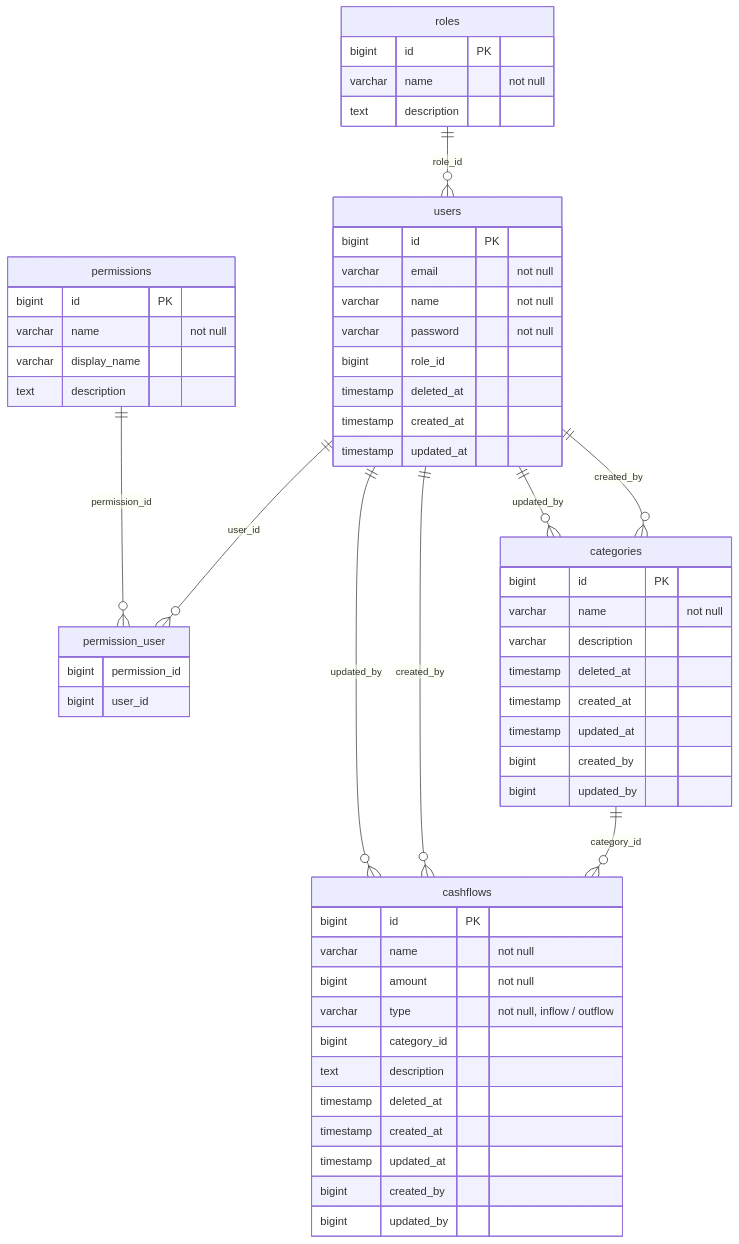
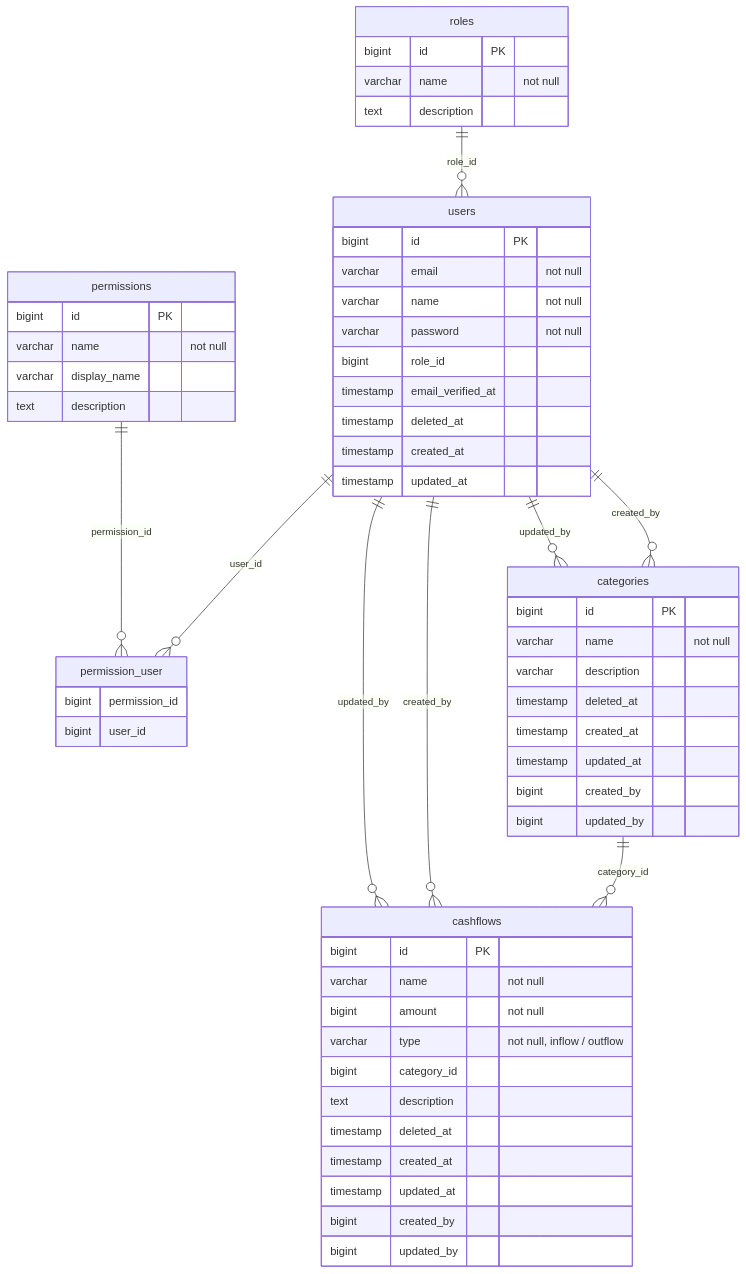
One commit to kaka-rdwn/keuangan-web changed the diagram in docs/DATABASE.md. Above: the diagram before and after it, drawn with Mermaid. The commit also changed other lines of this file, not shown here.

Commit message:
docs: create database design and schema specification documentation

````diff
--- a/docs/DATABASE.md
+++ b/docs/DATABASE.md
@@ -19,66 +19,67 @@
 ```mermaid
 erDiagram
     users {
         bigint id PK
         varchar email "not null"
         varchar name "not null"
         varchar password "not null"
         bigint role_id
+        timestamp email_verified_at
         timestamp deleted_at
         timestamp created_at
         timestamp updated_at
     }
 
     roles {
         bigint id PK
         varchar name "not null"
         text description
     }
 
     permissions {
         bigint id PK
         varchar name "not null"
         varchar display_name
         text description
     }
 
     permission_user {
         bigint permission_id
         bigint user_id
     }
 
     cashflows {
         bigint id PK
         varchar name "not null"
         bigint amount "not null"
         varchar type "not null, inflow / outflow"
         bigint category_id
         text description
         timestamp deleted_at
         timestamp created_at
         timestamp updated_at
         bigint created_by
         bigint updated_by
     }
 
     categories {
         bigint id PK
         varchar name "not null"
         varchar description
         timestamp deleted_at
         timestamp created_at
         timestamp updated_at
         bigint created_by
         bigint updated_by
     }
 
     %% Relasi / Foreign Keys
     roles ||--o{ users : "role_id"
     users ||--o{ permission_user : "user_id"
     permissions ||--o{ permission_user : "permission_id"
     categories ||--o{ cashflows : "category_id"
     users ||--o{ cashflows : "created_by"
     users ||--o{ cashflows : "updated_by"
     users ||--o{ categories : "created_by"
     users ||--o{ categories : "updated_by"
 ```
````
